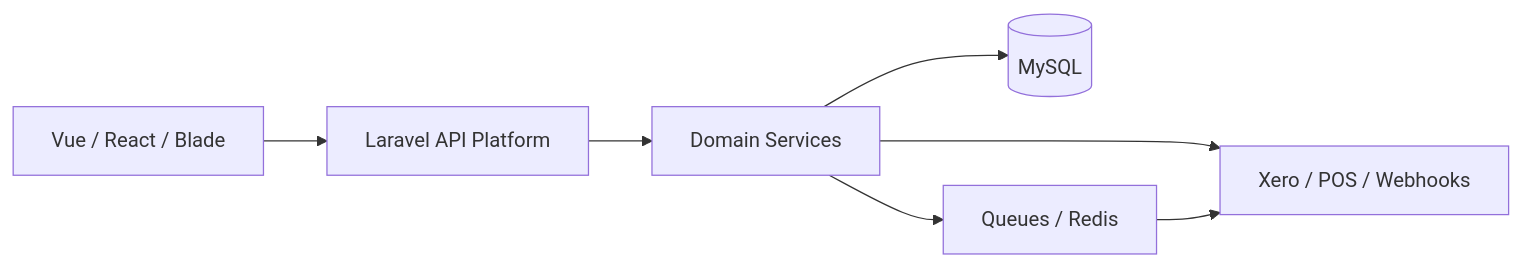
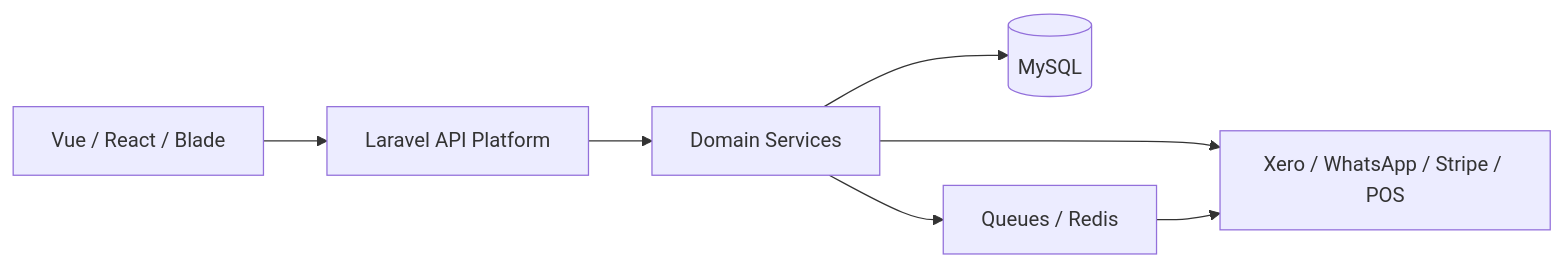
The diagram in README.md (anskhanz97/anskhanz97), drawn with Mermaid before and after one commit. The commit also changed other lines of this file, not shown here.

Commit message:
docs: highlight loyalty platform and queue architecture

````diff
--- a/README.md
+++ b/README.md
@@ -25,9 +25,9 @@
 ```mermaid
 flowchart LR
     UI[Vue / React / Blade] --> API[Laravel API Platform]
     API --> DOMAIN[Domain Services]
     DOMAIN --> DB[(MySQL)]
     DOMAIN --> JOBS[Queues / Redis]
-    DOMAIN --> EXT[Xero / POS / Webhooks]
+    DOMAIN --> EXT[Xero / WhatsApp / Stripe / POS]
     JOBS --> EXT
 ```
````
